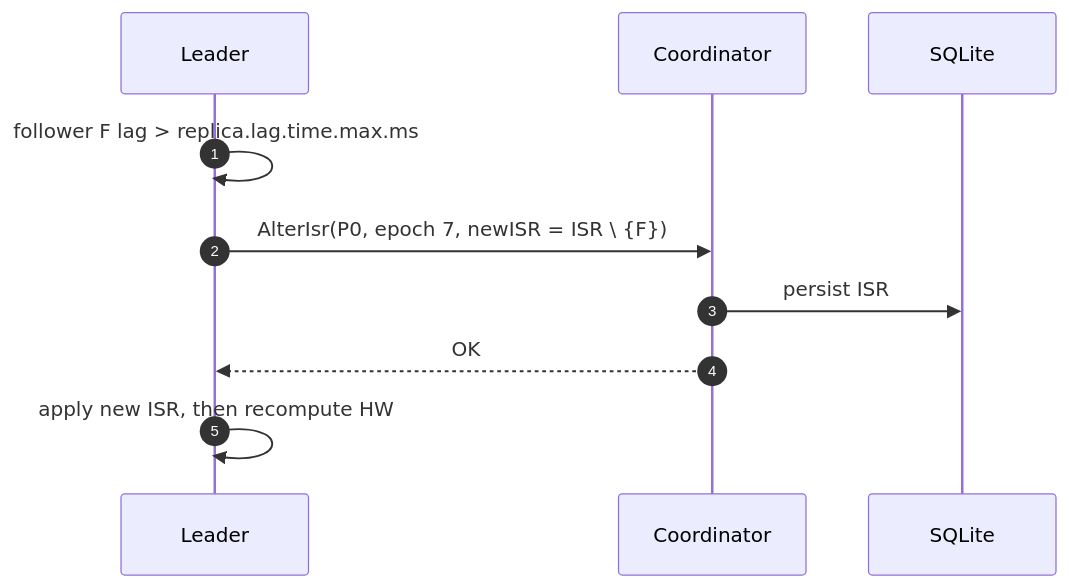
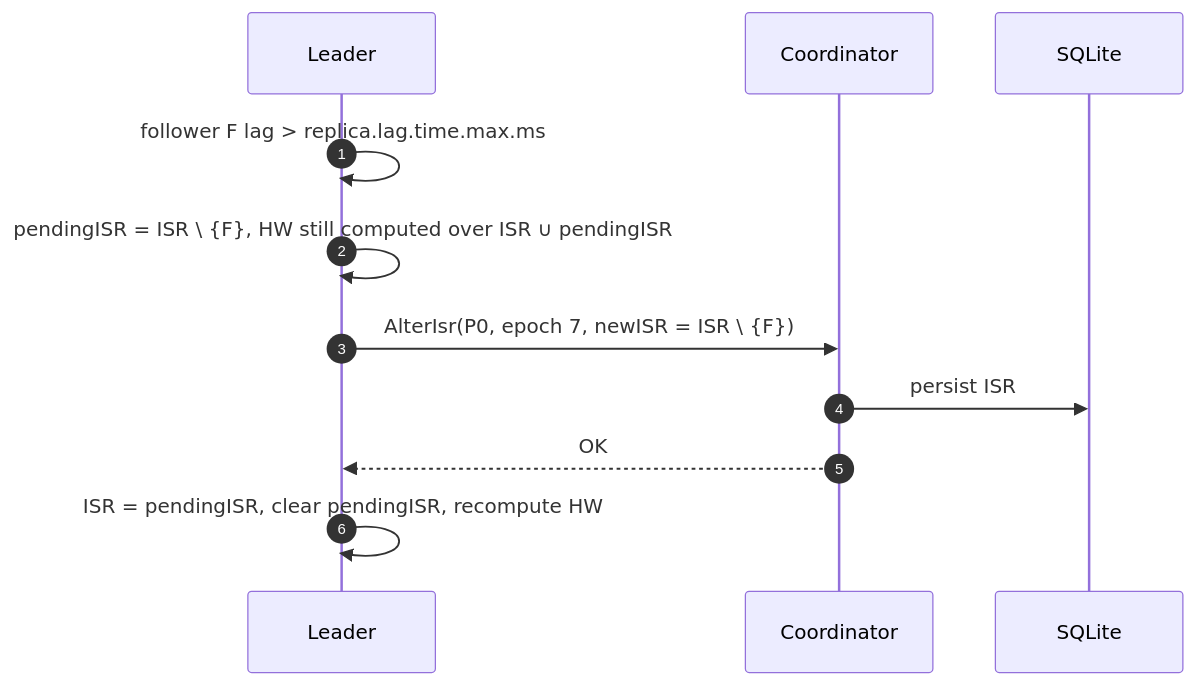
Diagram 17 of 24 in docs/high-level-design.md (shubhamZXCV/kafka), drawn with Mermaid before and after one commit. The commit also changed other lines of this file and 4 other files, not shown here.

````diff
--- a/docs/high-level-design.md
+++ b/docs/high-level-design.md
@@ -785,13 +803,14 @@
 ```mermaid
 sequenceDiagram
     autonumber
     participant L as Leader
     participant GC as Coordinator
     participant DB as SQLite
 
     L->>L: follower F lag > replica.lag.time.max.ms
+    L->>L: pendingISR = ISR \ {F}, HW still computed over ISR ∪ pendingISR
     L->>GC: AlterIsr(P0, epoch 7, newISR = ISR \ {F})
     GC->>DB: persist ISR
     GC-->>L: OK
-    L->>L: apply new ISR, then recompute HW
+    L->>L: ISR = pendingISR, clear pendingISR, recompute HW
 ```
````
